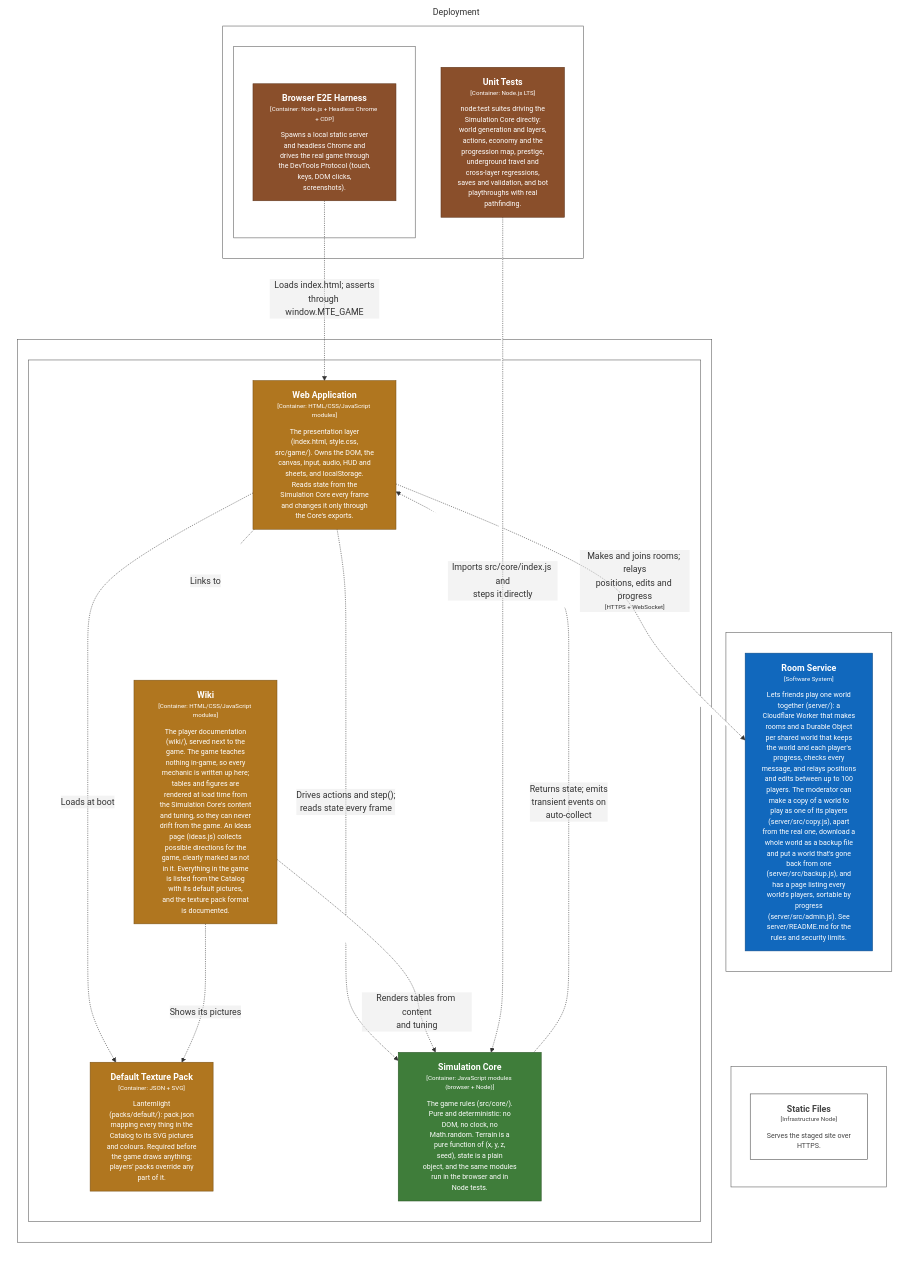
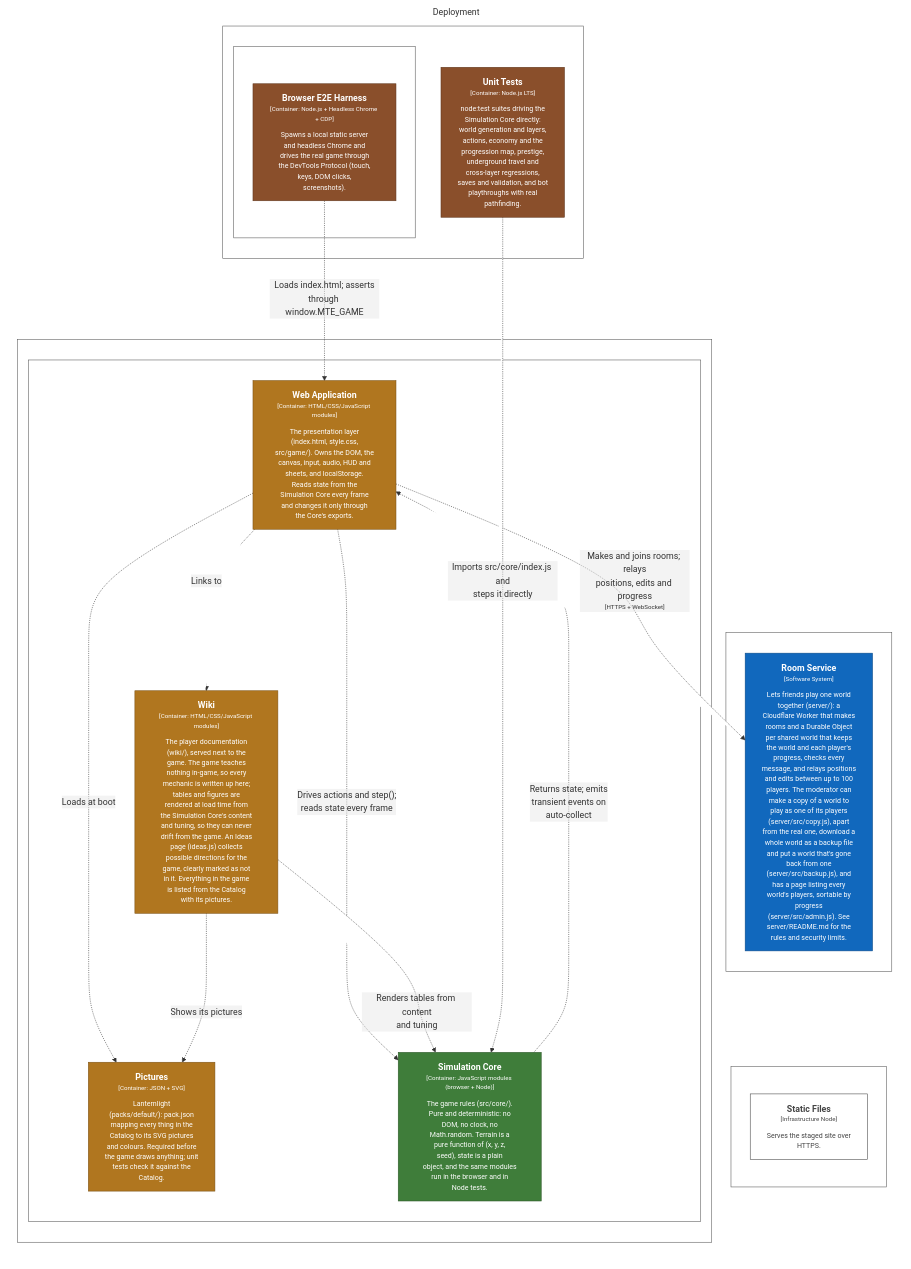
The diagram in structurizr/diagrams/Deployment.mmd (bitkojine/more-than-enough), drawn with Mermaid before and after one commit. The commit also changed 46 other files, not shown here.

First line of the commit message:
Remove custom texture packs; the game keeps its one look (v0.164.0)

```diff
--- a/structurizr/diagrams/Deployment.mmd
+++ b/structurizr/diagrams/Deployment.mmd
@@ -1,64 +1,64 @@
 %% Generated from structurizr/workspace.dsl — do not edit; run: node structurizr/scripts/structurizr.mjs mermaid
 graph LR
   linkStyle default fill:#ffffff
 
   subgraph diagram ["Deployment"]
     style diagram fill:#ffffff,stroke:#ffffff
 
     subgraph 121 ["Browser"]
       style 121 fill:#ffffff,stroke:#575757,color:#ffffff
 
       subgraph 122 ["Browser tab"]
         style 122 fill:#ffffff,stroke:#575757,color:#ffffff
 
         123["<div style='font-weight: bold'>Web Application</div><div style='font-size: 70%; margin-top: 0px'>[Container: HTML/CSS/JavaScript modules]</div><div style='font-size: 80%; margin-top:10px'>The presentation layer<br />(index.html, style.css,<br />src/game/). Owns the DOM, the<br />canvas, input, audio, HUD and<br />sheets, and localStorage.<br />Reads state from the<br />Simulation Core every frame<br />and changes it only through<br />the Core's exports.</div>"]
         style 123 fill:#b0761f,stroke:#7b5215,color:#ffffff
-        124["<div style='font-weight: bold'>Wiki</div><div style='font-size: 70%; margin-top: 0px'>[Container: HTML/CSS/JavaScript modules]</div><div style='font-size: 80%; margin-top:10px'>The player documentation<br />(wiki/), served next to the<br />game. The game teaches<br />nothing in-game, so every<br />mechanic is written up here;<br />tables and figures are<br />rendered at load time from<br />the Simulation Core's content<br />and tuning, so they can never<br />drift from the game. An Ideas<br />page (ideas.js) collects<br />possible directions for the<br />game, clearly marked as not<br />in it. Everything in the game<br />is listed from the Catalog<br />with its default pictures,<br />and the texture pack format<br />is documented.</div>"]
+        124["<div style='font-weight: bold'>Wiki</div><div style='font-size: 70%; margin-top: 0px'>[Container: HTML/CSS/JavaScript modules]</div><div style='font-size: 80%; margin-top:10px'>The player documentation<br />(wiki/), served next to the<br />game. The game teaches<br />nothing in-game, so every<br />mechanic is written up here;<br />tables and figures are<br />rendered at load time from<br />the Simulation Core's content<br />and tuning, so they can never<br />drift from the game. An Ideas<br />page (ideas.js) collects<br />possible directions for the<br />game, clearly marked as not<br />in it. Everything in the game<br />is listed from the Catalog<br />with its pictures.</div>"]
         style 124 fill:#b0761f,stroke:#7b5215,color:#ffffff
-        126["<div style='font-weight: bold'>Default Texture Pack</div><div style='font-size: 70%; margin-top: 0px'>[Container: JSON + SVG]</div><div style='font-size: 80%; margin-top:10px'>Lanternlight<br />(packs/default/): pack.json<br />mapping every thing in the<br />Catalog to its SVG pictures<br />and colours. Required before<br />the game draws anything;<br />players' packs override any<br />part of it.</div>"]
+        126["<div style='font-weight: bold'>Pictures</div><div style='font-size: 70%; margin-top: 0px'>[Container: JSON + SVG]</div><div style='font-size: 80%; margin-top:10px'>Lanternlight<br />(packs/default/): pack.json<br />mapping every thing in the<br />Catalog to its SVG pictures<br />and colours. Required before<br />the game draws anything; unit<br />tests check it against the<br />Catalog.</div>"]
         style 126 fill:#b0761f,stroke:#7b5215,color:#ffffff
         129["<div style='font-weight: bold'>Simulation Core</div><div style='font-size: 70%; margin-top: 0px'>[Container: JavaScript modules (browser + Node)]</div><div style='font-size: 80%; margin-top:10px'>The game rules (src/core/).<br />Pure and deterministic: no<br />DOM, no clock, no<br />Math.random. Terrain is a<br />pure function of (x, y, z,<br />seed), state is a plain<br />object, and the same modules<br />run in the browser and in<br />Node tests.</div>"]
         style 129 fill:#3f7d3a,stroke:#2c5728,color:#ffffff
       end
 
     end
 
     subgraph 133 ["GitHub Pages"]
       style 133 fill:#ffffff,stroke:#575757,color:#ffffff
 
       134["<div style='font-weight: bold'>Static Files</div><div style='font-size: 70%; margin-top: 0px'>[Infrastructure Node]</div><div style='font-size: 80%; margin-top:10px'>Serves the staged site over<br />HTTPS.</div>"]
       style 134 fill:#ffffff,stroke:#444444,color:#444444
     end
 
     subgraph 135 ["Cloudflare Workers"]
       style 135 fill:#ffffff,stroke:#575757,color:#ffffff
 
       136["<div style='font-weight: bold'>Room Service</div><div style='font-size: 70%; margin-top: 0px'>[Software System]</div><div style='font-size: 80%; margin-top:10px'>Lets friends play one world<br />together (server/): a<br />Cloudflare Worker that makes<br />rooms and a Durable Object<br />per shared world that keeps<br />the world and each player's<br />progress, checks every<br />message, and relays positions<br />and edits between up to 100<br />players. The moderator can<br />make a copy of a world to<br />play as one of its players<br />(server/src/copy.js), apart<br />from the real one, download a<br />whole world as a backup file<br />and put a world that's gone<br />back from one<br />(server/src/backup.js), and<br />has a page listing every<br />world's players, sortable by<br />progress<br />(server/src/admin.js). See<br />server/README.md for the<br />rules and security limits.</div>"]
       style 136 fill:#1168bd,stroke:#0b4884,color:#ffffff
     end
 
     subgraph 138 ["Node.js LTS"]
       style 138 fill:#ffffff,stroke:#575757,color:#ffffff
 
       139["<div style='font-weight: bold'>Unit Tests</div><div style='font-size: 70%; margin-top: 0px'>[Container: Node.js LTS]</div><div style='font-size: 80%; margin-top:10px'>node:test suites driving the<br />Simulation Core directly:<br />world generation and layers,<br />actions, economy and the<br />progression map, prestige,<br />underground travel and<br />cross-layer regressions,<br />saves and validation, and bot<br />playthroughs with real<br />pathfinding.</div>"]
       style 139 fill:#8a4f2b,stroke:#60371e,color:#ffffff
       subgraph 141 ["Headless Chrome"]
         style 141 fill:#ffffff,stroke:#575757,color:#ffffff
 
         142["<div style='font-weight: bold'>Browser E2E Harness</div><div style='font-size: 70%; margin-top: 0px'>[Container: Node.js + Headless Chrome + CDP]</div><div style='font-size: 80%; margin-top:10px'>Spawns a local static server<br />and headless Chrome and<br />drives the real game through<br />the DevTools Protocol (touch,<br />keys, DOM clicks,<br />screenshots).</div>"]
         style 142 fill:#8a4f2b,stroke:#60371e,color:#ffffff
       end
 
     end
 
     123-. "<div>Links to</div><div style='font-size: 70%'></div>" .->124
     123-. "<div>Loads at boot</div><div style='font-size: 70%'></div>" .->126
     124-. "<div>Shows its pictures</div><div style='font-size: 70%'></div>" .->126
     129-. "<div>Returns state; emits<br />transient events on<br />auto-collect</div><div style='font-size: 70%'></div>" .->123
     123-. "<div>Drives actions and step();<br />reads state every frame</div><div style='font-size: 70%'></div>" .->129
     124-. "<div>Renders tables from content<br />and tuning</div><div style='font-size: 70%'></div>" .->129
     123-. "<div>Makes and joins rooms; relays<br />positions, edits and progress</div><div style='font-size: 70%'>[HTTPS + WebSocket]</div>" .->136
     139-. "<div>Imports src/core/index.js and<br />steps it directly</div><div style='font-size: 70%'></div>" .->129
     142-. "<div>Loads index.html; asserts<br />through window.MTE_GAME</div><div style='font-size: 70%'></div>" .->123
 
   end
```
